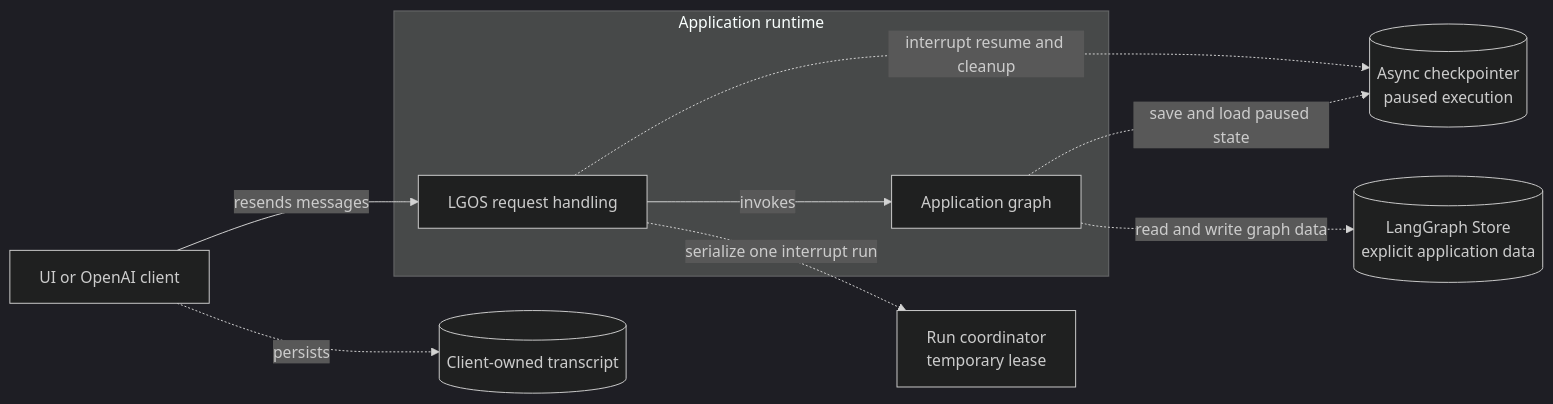
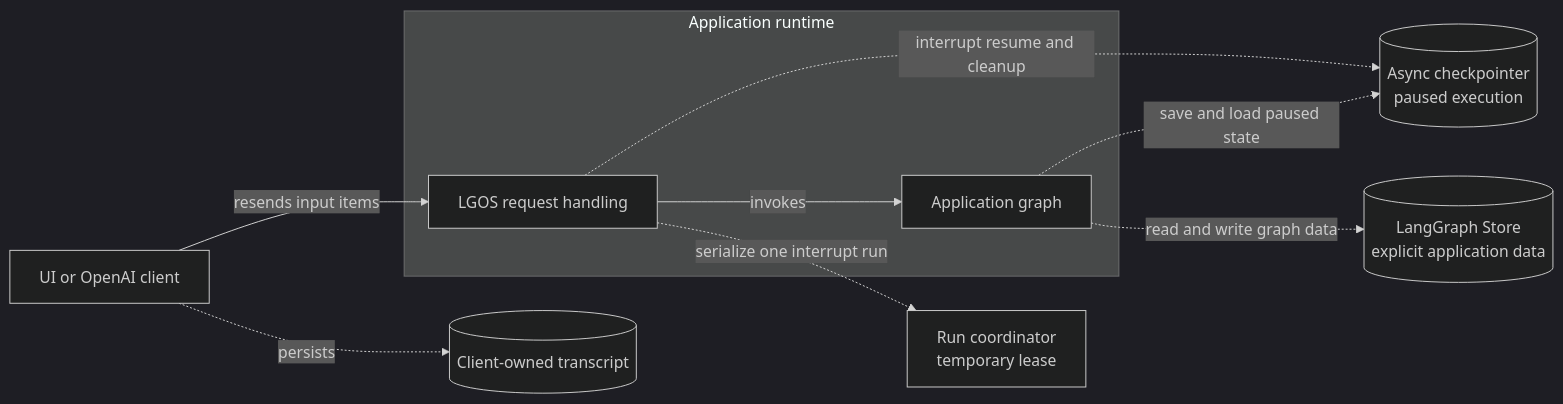
The second of 2 diagrams in docs/explanation/architecture.md (ilkersigirci/langgraph-openai-serve), drawn with Mermaid (dark theme) before and after one commit. The commit also changed other lines of this file and 191 other files, not shown here.

````diff
--- a/docs/explanation/architecture.md
+++ b/docs/explanation/architecture.md
@@ -47,22 +47,22 @@
 ```mermaid
 flowchart LR
   client["UI or OpenAI client"]
   transcript[("Client-owned transcript")]
 
   subgraph runtime["Application runtime"]
     lgos["LGOS request handling"]
     app_graph["Application graph"]
   end
 
   checkpointer[("Async checkpointer<br/>paused execution")]
   coordinator["Run coordinator<br/>temporary lease"]
   store[("LangGraph Store<br/>explicit application data")]
 
-  client -->|"resends messages"| lgos
+  client -->|"resends input items"| lgos
   client -.->|"persists"| transcript
   lgos -->|"invokes"| app_graph
   lgos -.->|"interrupt resume and cleanup"| checkpointer
   lgos -.->|"serialize one interrupt run"| coordinator
   app_graph -.->|"save and load paused state"| checkpointer
   app_graph -.->|"read and write graph data"| store
 ```
````
